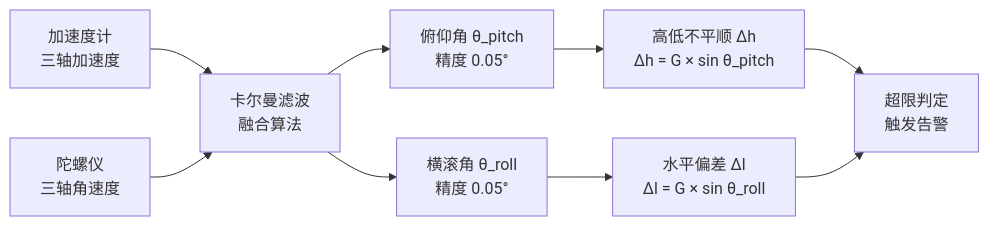
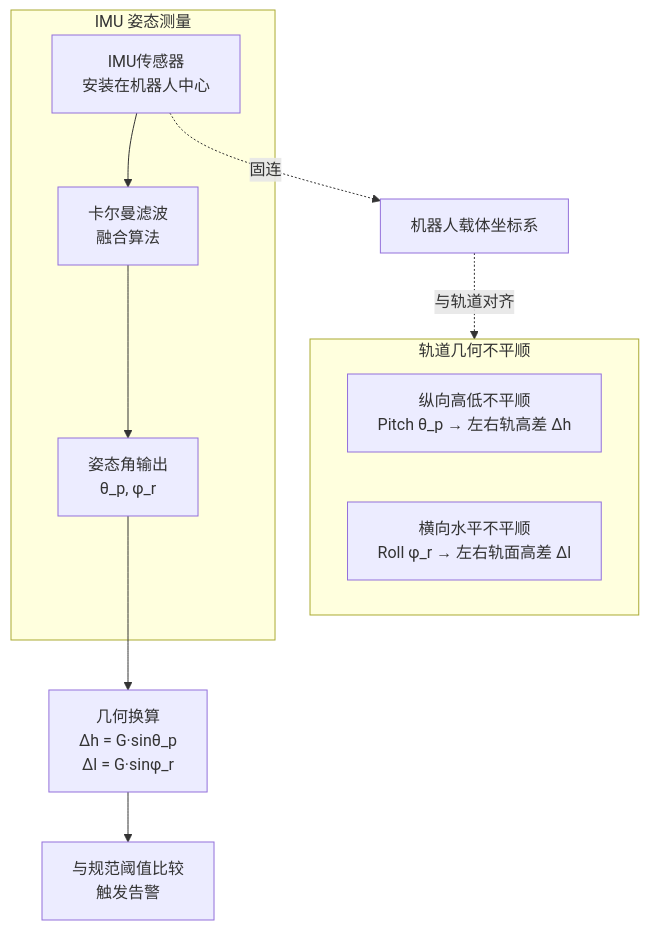
Before and after one commit to gao66683366-lab/workspace: the seventh of 11 diagrams in 铁路线路智能综合检测机器人/技术文档章节拆分_20260417_0116/铁路线路智能综合检测机器人_技术文档_V3.0_第04章_软件与AI算法架构_20260306_20260417_0116.md, drawn with Mermaid. The commit also changed other lines of this file and 1 other file, not shown here.

````diff
--- a/铁路线路智能综合检测机器人/技术文档章节拆分_20260417_0116/铁路线路智能综合检测机器人_技术文档_V3.0_第04章_软件与AI算法架构_20260306_20260417_0116.md
+++ b/铁路线路智能综合检测机器人/技术文档章节拆分_20260417_0116/铁路线路智能综合检测机器人_技术文档_V3.0_第04章_软件与AI算法架构_20260306_20260417_0116.md
@@ -693,10 +714,17 @@
 ```mermaid
-flowchart LR
-    A["加速度计<br/>三轴加速度"] --> KF["卡尔曼滤波<br/>融合算法"]
-    B["陀螺仪<br/>三轴角速度"] --> KF
-    KF --> PITCH["俯仰角 θ_pitch<br/>精度 0.05°"]
-    KF --> ROLL["横滚角 θ_roll<br/>精度 0.05°"]
-    PITCH --> LH["高低不平顺 Δh<br/>Δh = G × sin θ_pitch"]
-    ROLL --> LL["水平偏差 Δl<br/>Δl = G × sin θ_roll"]
-    LH & LL --> JUD["超限判定<br/>触发告警"]
+graph TB
+    subgraph 轨道几何["轨道几何不平顺"]
+        PITCH["纵向高低不平顺<br/>Pitch θ_p → 左右轨高差 Δh"]
+        ROLL["横向水平不平顺<br/>Roll φ_r → 左右轨面高差 Δl"]
+    end
+
+    subgraph 测量原理["IMU 姿态测量"]
+        IMU["IMU传感器<br/>安装在机器人中心"] --> KF["卡尔曼滤波<br/>融合算法"]
+        KF --> AP["姿态角输出<br/>θ_p, φ_r"]
+    end
+
+    IMU -. 固连 .-> ROBOT["机器人载体坐标系"]
+    ROBOT -. 与轨道对齐 .-> 轨道几何
+    AP --> CONV["几何换算<br/>Δh = G·sinθ_p<br/>Δl = G·sinφ_r"]
+    CONV --> JUD["与规范阈值比较<br/>触发告警"]
 ```
````
